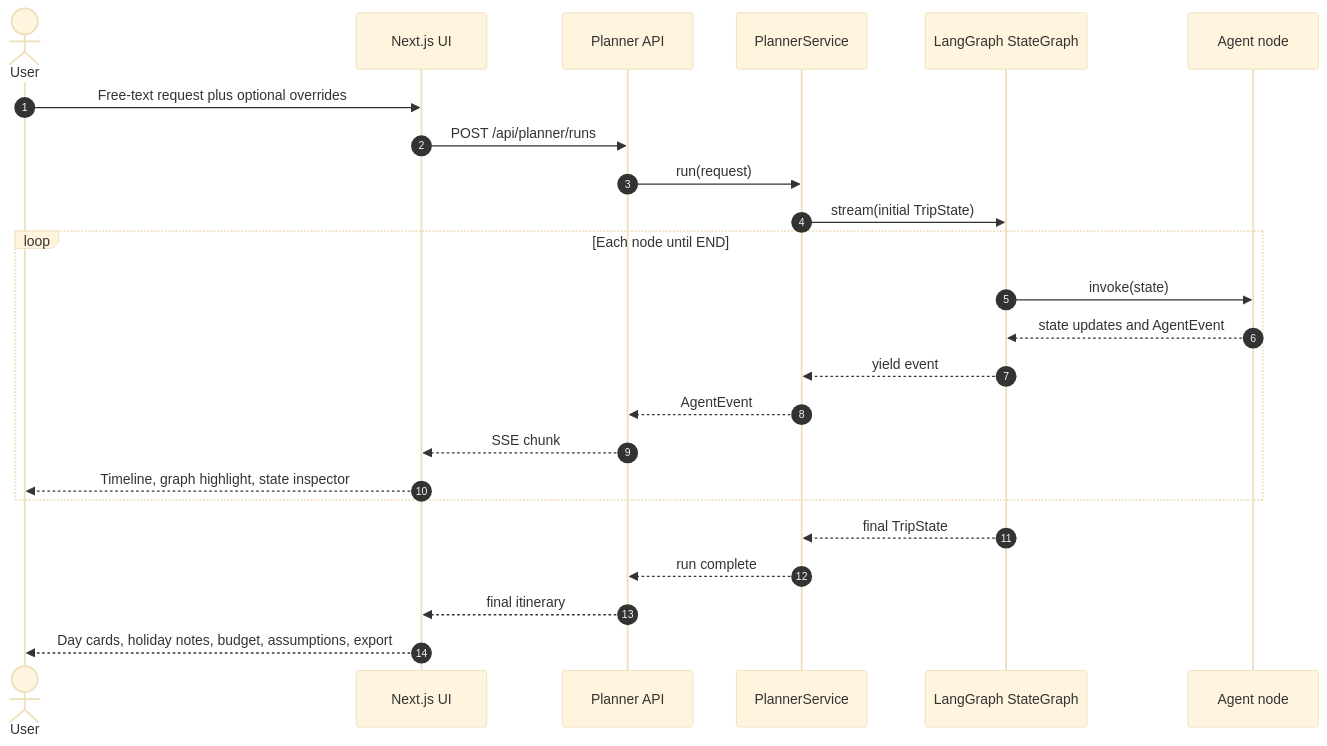
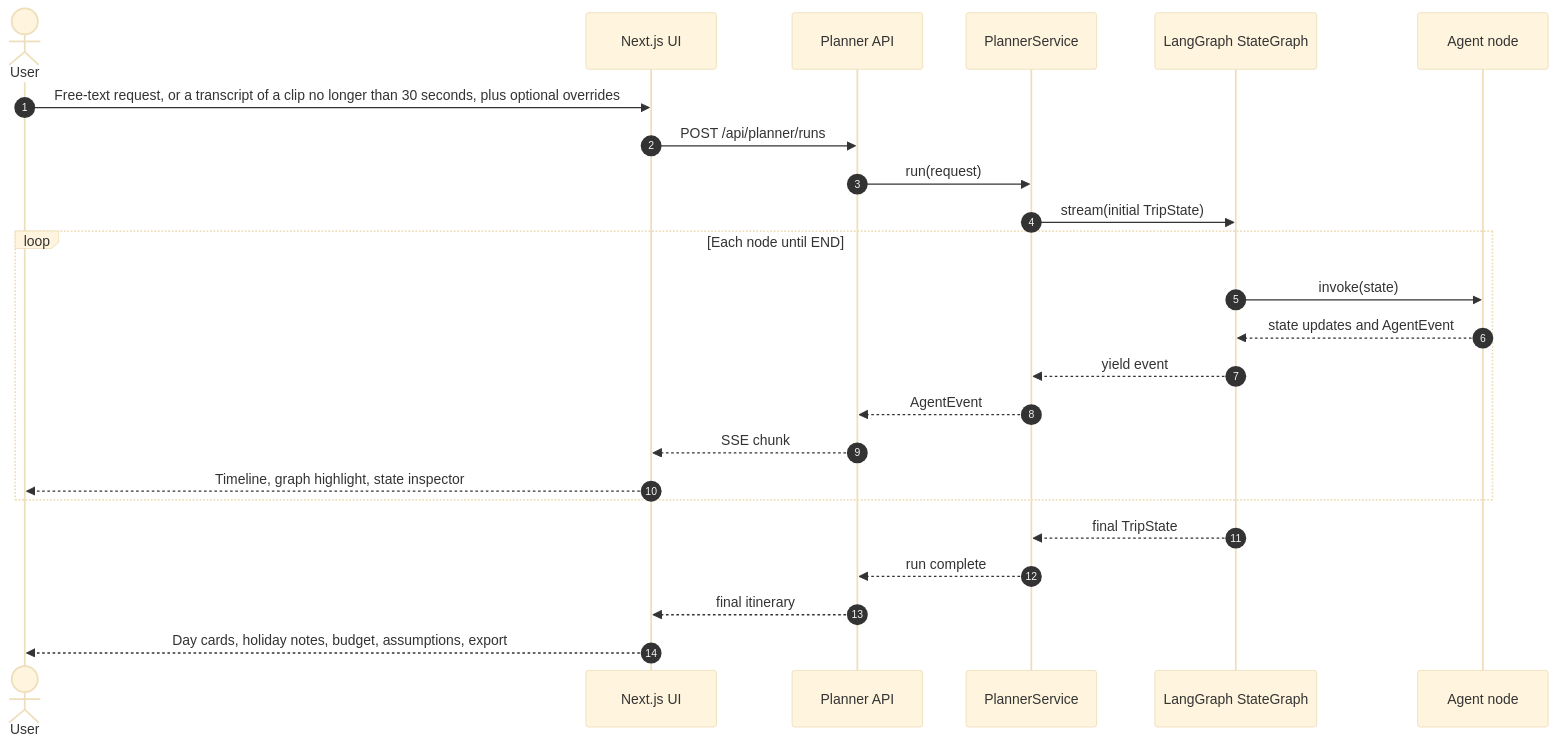
The first of 7 diagrams in docs/sequencediagram.md (DeepakAg1234/dubai-multiagent-travel-planner), drawn with Mermaid (base theme) before and after one commit. The commit also changed other lines of this file and 19 other files, not shown here.

````diff
--- a/docs/sequencediagram.md
+++ b/docs/sequencediagram.md
@@ -15,27 +15,27 @@
 ```mermaid
 sequenceDiagram
     autonumber
     actor User
     participant UI as Next.js UI
     participant API as Planner API
     participant Svc as PlannerService
     participant G as LangGraph StateGraph
     participant Node as Agent node
 
-    User->>UI: Free-text request plus optional overrides
+    User->>UI: Free-text request, or a transcript of a clip no longer than 30 seconds, plus optional overrides
     UI->>API: POST /api/planner/runs
     API->>Svc: run(request)
     Svc->>G: stream(initial TripState)
     loop Each node until END
         G->>Node: invoke(state)
         Node-->>G: state updates and AgentEvent
         G-->>Svc: yield event
         Svc-->>API: AgentEvent
         API-->>UI: SSE chunk
         UI-->>User: Timeline, graph highlight, state inspector
     end
     G-->>Svc: final TripState
     Svc-->>API: run complete
     API-->>UI: final itinerary
     UI-->>User: Day cards, holiday notes, budget, assumptions, export
 ```
````
